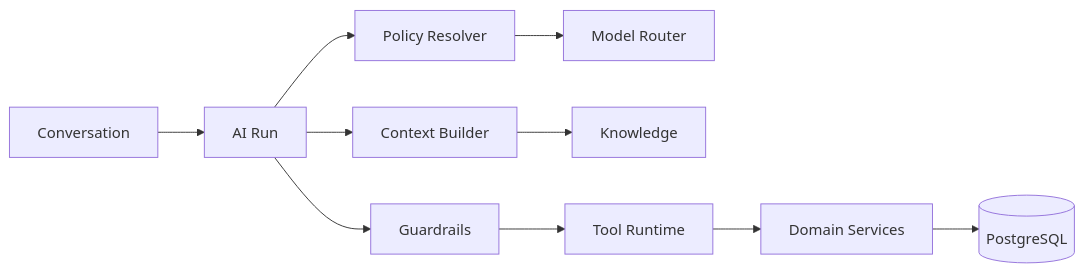
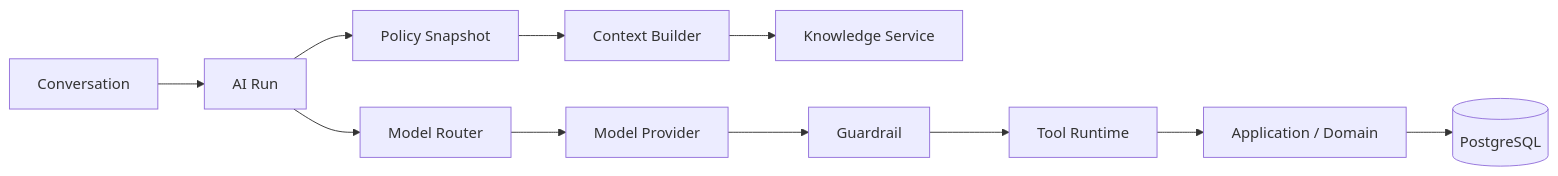
One commit to D-engahmed/OMILINKS changed the third of 3 diagrams in docs/architecture/HLD.md. Above: the diagram before and after it, drawn with Mermaid. The commit also changed other lines of this file and 4 other files, not shown here.

Commit message:
docs: deepen architecture implementation blueprints

```diff
--- a/docs/architecture/HLD.md
+++ b/docs/architecture/HLD.md
@@ -170,12 +169,13 @@
 ~~~mermaid
 flowchart LR
 CONV[Conversation] --> RUN[AI Run]
-RUN --> POLICY[Policy Resolver]
-POLICY --> ROUTER[Model Router]
-RUN --> CTX[Context Builder]
-CTX --> KNOW[Knowledge]
-RUN --> GUARD[Guardrails]
+RUN --> POLICY[Policy Snapshot]
+POLICY --> CTX[Context Builder]
+CTX --> KNOW[Knowledge Service]
+RUN --> ROUTE[Model Router]
+ROUTE --> MODEL[Model Provider]
+MODEL --> GUARD[Guardrail]
 GUARD --> TOOL[Tool Runtime]
-TOOL --> DOMAIN[Domain Services]
+TOOL --> DOMAIN[Application / Domain]
 DOMAIN --> DB[(PostgreSQL)]
 ~~~
```
